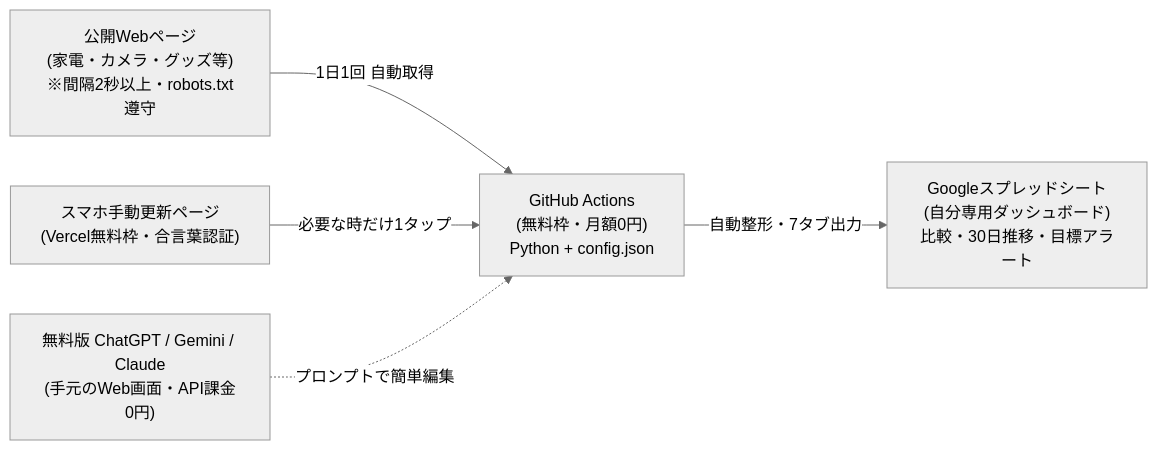
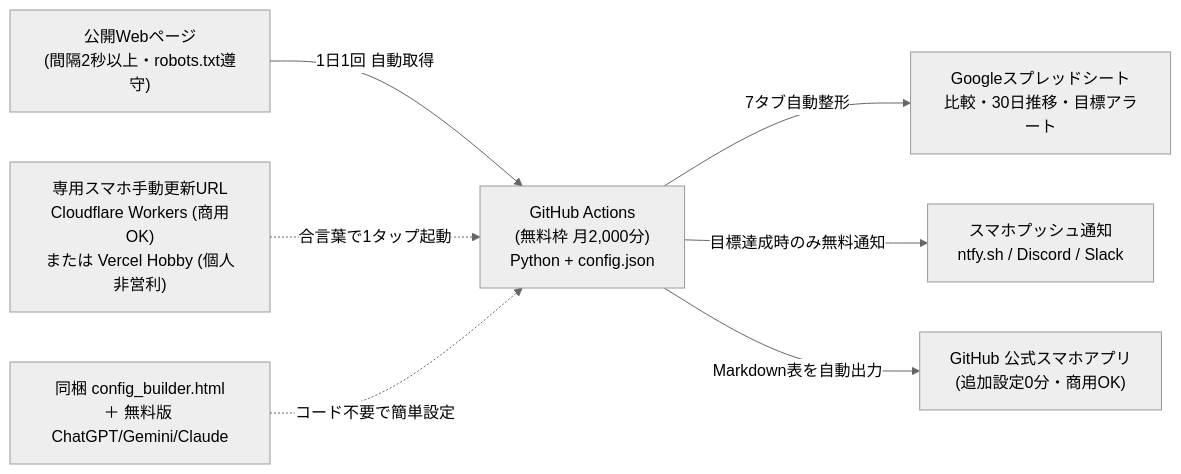
Before and after one commit to keyanbaitian6-cell/pokeca-price-compare: the diagram in product-kit/template/docs/SETUP_GUIDE.md, drawn with Mermaid (neutral theme). The commit also changed other lines of this file and 29 other files, not shown here.

````diff
--- a/product-kit/template/docs/SETUP_GUIDE.md
+++ b/product-kit/template/docs/SETUP_GUIDE.md
@@ -12,7 +12,9 @@
 ```mermaid
 flowchart LR
-    A["公開Webページ<br/>(家電・カメラ・グッズ等)<br/>※間隔2秒以上・robots.txt遵守"] -->|1日1回 自動取得| B["GitHub Actions<br/>(無料枠・月額0円)<br/>Python + config.json"]
-    B -->|自動整形・7タブ出力| C["Googleスプレッドシート<br/>(自分専用ダッシュボード)<br/>比較・30日推移・目標アラート"]
-    D["スマホ手動更新ページ<br/>(Vercel無料枠・合言葉認証)"] -->|必要な時だけ1タップ| B
-    E["無料版 ChatGPT / Gemini / Claude<br/>(手元のWeb画面・API課金0円)"] -.->|プロンプトで簡単編集| B
+    A["公開Webページ<br/>(間隔2秒以上・robots.txt遵守)"] -->|1日1回 自動取得| B["GitHub Actions<br/>(無料枠 月2,000分)<br/>Python + config.json"]
+    B -->|7タブ自動整形| C["Googleスプレッドシート<br/>比較・30日推移・目標アラート"]
+    B -->|目標達成時のみ無料通知| N["スマホプッシュ通知<br/>ntfy.sh / Discord / Slack"]
+    B -->|Markdown表を自動出力| M["GitHub 公式スマホアプリ<br/>(追加設定0分・商用OK)"]
+    D["専用スマホ手動更新URL<br/>Cloudflare Workers (商用OK)<br/>または Vercel Hobby (個人非営利)"] -.->|合言葉で1タップ起動| B
+    E["同梱 config_builder.html<br/>＋ 無料版 ChatGPT/Gemini/Claude"] -.->|コード不要で簡単設定| B
 ```
````
